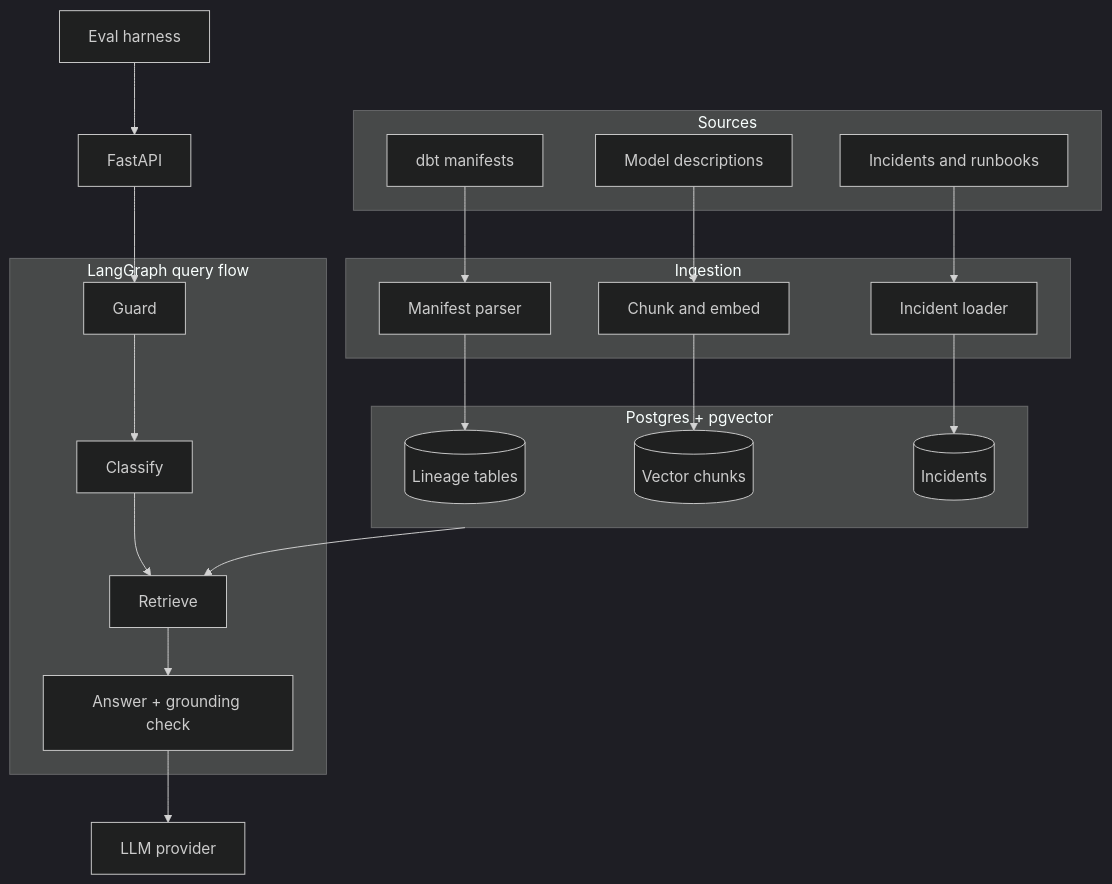
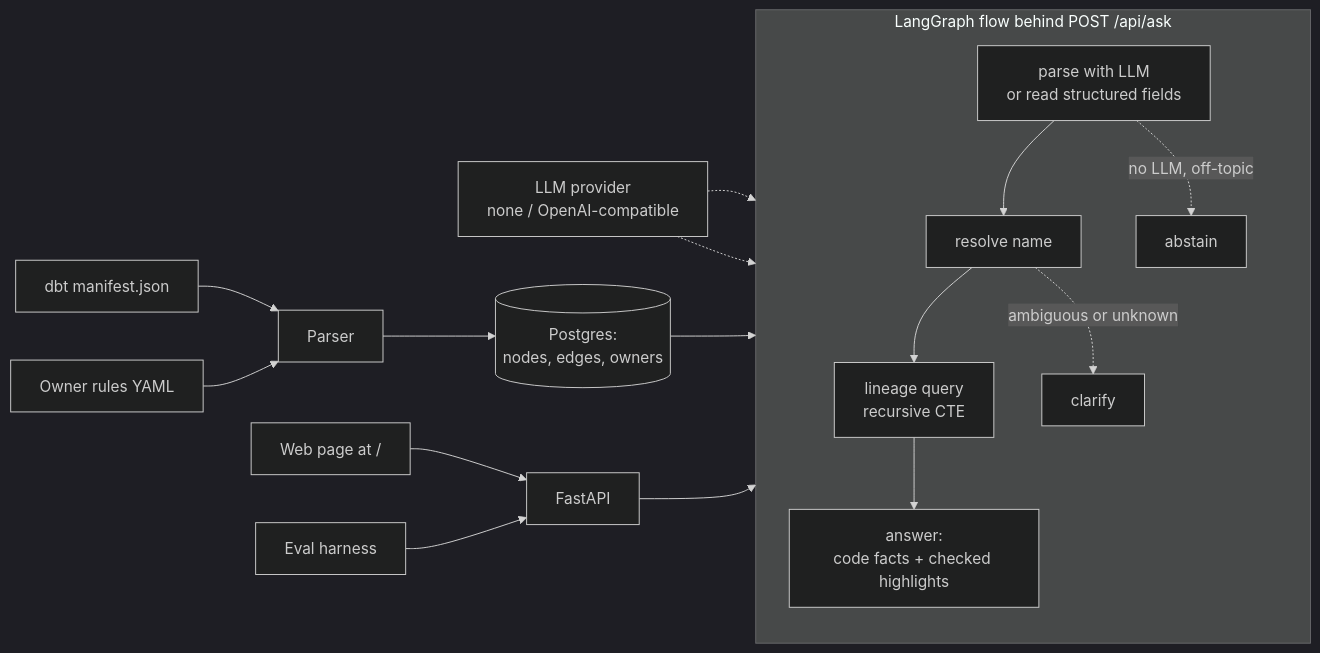
The diagram in README.md (harisankar-s/askdag), drawn with Mermaid (dark theme) before and after one commit. The commit also changed other lines of this file and 12 other files, not shown here.

First line of the commit message:
Add web UI with lineage graph, edges in /api/ask, and a full README

````diff
--- a/README.md
+++ b/README.md
@@ -24,28 +29,16 @@
 ```mermaid
-flowchart TB
-    subgraph Sources
-        M[dbt manifests]
-        D[Model descriptions]
-        I[Incidents and runbooks]
+flowchart LR
+    M[dbt manifest.json] --> P[Parser] --> PG[(Postgres:<br/>nodes, edges, owners)]
+    O[Owner rules YAML] --> P
+    subgraph Flow[LangGraph flow behind POST /api/ask]
+        direction TB
+        IN[parse with LLM<br/>or read structured fields] --> RS[resolve name] --> LQ[lineage query<br/>recursive CTE] --> AN[answer:<br/>code facts + checked highlights]
+        RS -.->|ambiguous or unknown| CL[clarify]
+        IN -.->|no LLM, off-topic| AB[abstain]
     end
-    subgraph Ingestion
-        P[Manifest parser]
-        E[Chunk and embed]
-        L[Incident loader]
-    end
-    subgraph PG[Postgres + pgvector]
-        LT[(Lineage tables)]
-        VC[(Vector chunks)]
-        IT[(Incidents)]
-    end
-    subgraph Q[LangGraph query flow]
-        G[Guard] --> C[Classify] --> R[Retrieve] --> A[Answer + grounding check]
-    end
-    M --> P --> LT
-    D --> E --> VC
-    I --> L --> IT
-    PG --> R
-    API[FastAPI] --> G
-    A --> LLM[LLM provider]
+    PG --> Flow
+    LLM[LLM provider<br/>none / OpenAI-compatible] -.-> IN
+    LLM -.-> AN
+    UI[Web page at /] --> API[FastAPI] --> Flow
     EV[Eval harness] --> API
 ```
````
